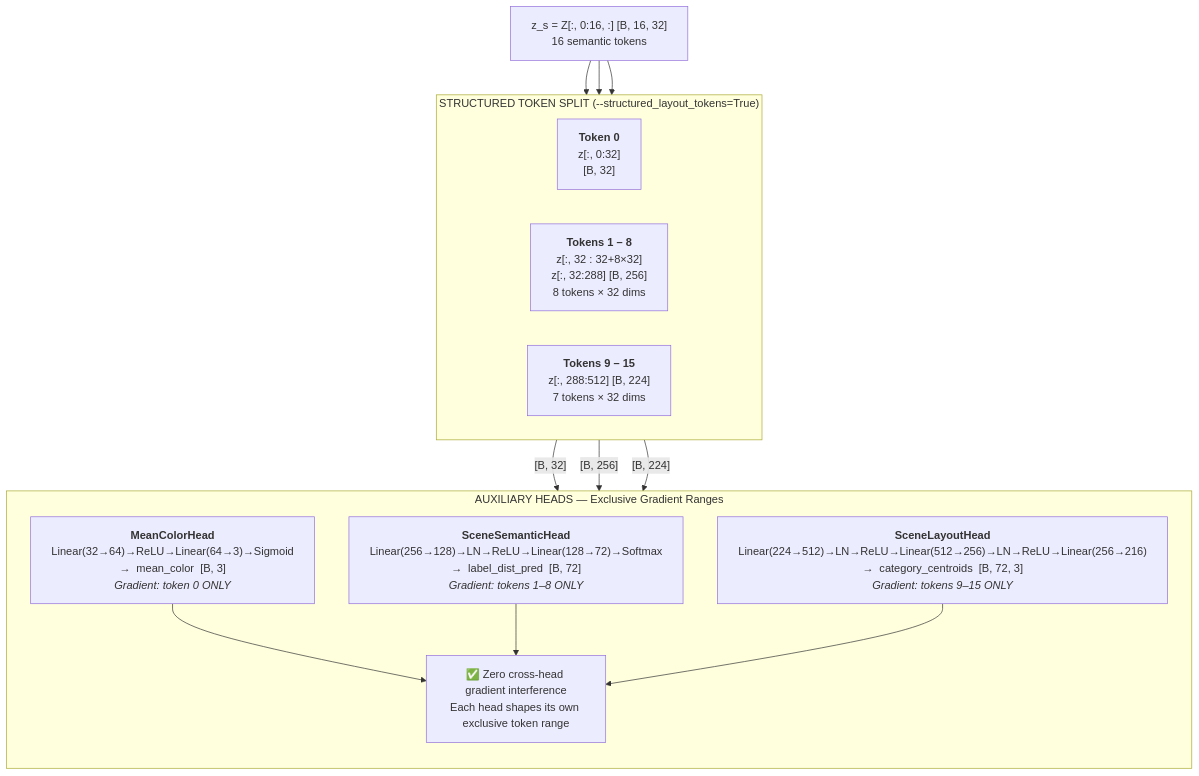
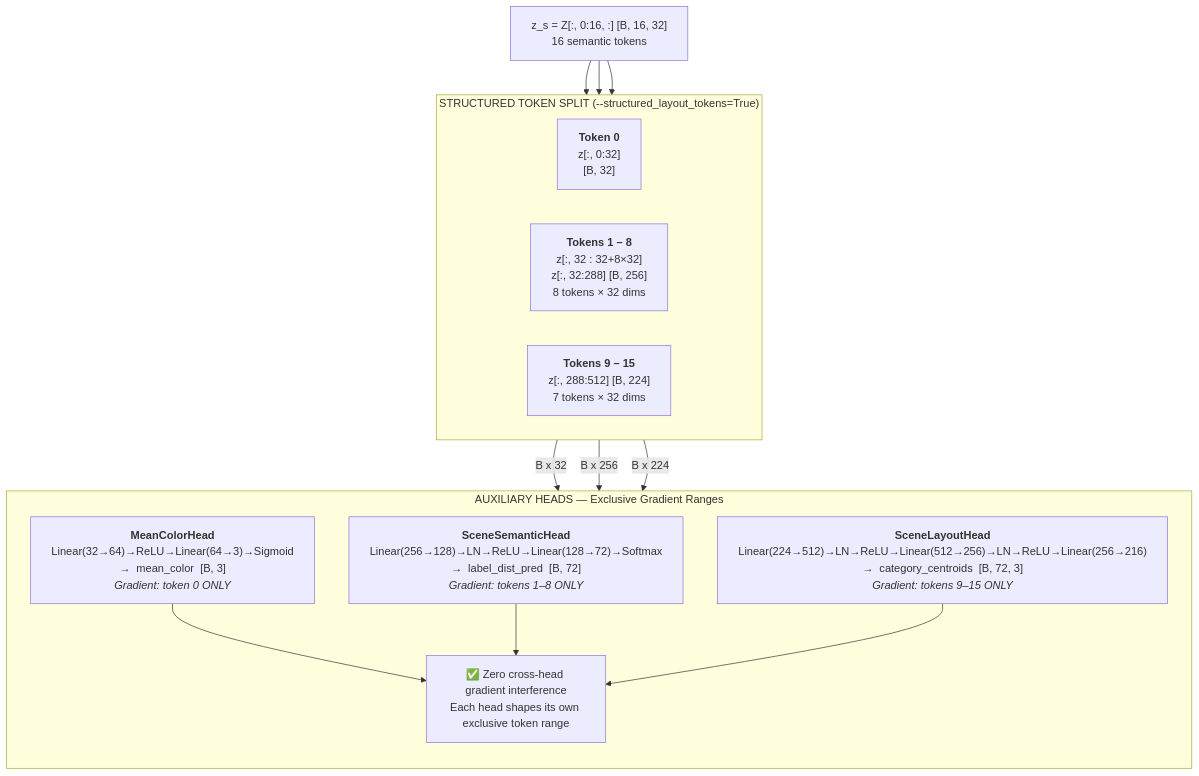
Before and after one commit to Hafeezmhk7/Semantic-Scene-Completion: the third of 7 diagrams in README_NEW.md, drawn with Mermaid. The commit also changed other lines of this file, not shown here.

````diff
--- a/README_NEW.md
+++ b/README_NEW.md
@@ -191,25 +191,25 @@
 ```mermaid
 flowchart TD
     ZS["z_s = Z[:, 0:16, :]  [B, 16, 32]<br/>16 semantic tokens"]
 
     subgraph SPLIT_BOX["STRUCTURED TOKEN SPLIT  (--structured_layout_tokens=True)"]
         direction LR
         T0["<b>Token 0</b><br/>z[:, 0:32]<br/>[B, 32]"]
         T18["<b>Tokens 1 – 8</b><br/>z[:, 32 : 32+8×32]<br/>z[:, 32:288]  [B, 256]<br/>8 tokens × 32 dims"]
         T915["<b>Tokens 9 – 15</b><br/>z[:, 288:512]  [B, 224]<br/>7 tokens × 32 dims"]
     end
 
     subgraph HEADS_STRUCT["AUXILIARY HEADS — Exclusive Gradient Ranges"]
         direction TB
         H0S["<b>MeanColorHead</b><br/>Linear(32→64)→ReLU→Linear(64→3)→Sigmoid<br/>→  mean_color  [B, 3]<br/><i>Gradient: token 0 ONLY</i>"]
         H1S["<b>SceneSemanticHead</b><br/>Linear(256→128)→LN→ReLU→Linear(128→72)→Softmax<br/>→  label_dist_pred  [B, 72]<br/><i>Gradient: tokens 1–8 ONLY</i>"]
         H2S["<b>SceneLayoutHead</b><br/>Linear(224→512)→LN→ReLU→Linear(512→256)→LN→ReLU→Linear(256→216)<br/>→  category_centroids  [B, 72, 3]<br/><i>Gradient: tokens 9–15 ONLY</i>"]
         OK["✅ Zero cross-head gradient interference<br/>Each head shapes its own exclusive token range"]
     end
 
     ZS --> T0 & T18 & T915
-    T0   -->|"[B, 32]"| H0S
-    T18  -->|"[B, 256]"| H1S
-    T915 -->|"[B, 224]"| H2S
+    T0   -->|"B x 32"| H0S
+    T18  -->|"B x 256"| H1S
+    T915 -->|"B x 224"| H2S
     H0S & H1S & H2S --> OK
 ```
````
